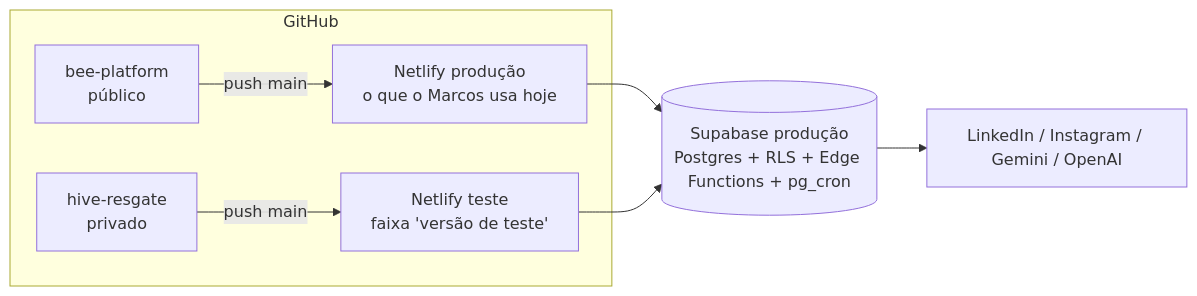
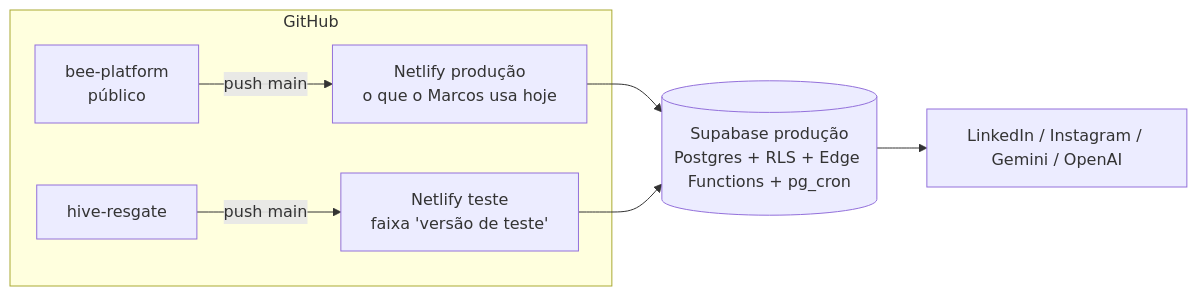
One commit to piccini-dev/hive-resgate changed the diagram in docs/plano/PLANO.md. Above: the diagram before and after it, drawn with Mermaid. The commit also changed other lines of this file and 6 other files, not shown here.

````diff
--- a/docs/plano/PLANO.md
+++ b/docs/plano/PLANO.md
@@ -63,10 +67,10 @@
 ```mermaid
 flowchart LR
   subgraph GitHub
     A[bee-platform<br/>público] -->|push main| N1[Netlify produção<br/>o que o Marcos usa hoje]
-    B[hive-resgate<br/>privado] -->|push main| N2[Netlify teste<br/>faixa 'versão de teste']
+    B[hive-resgate] -->|push main| N2[Netlify teste<br/>faixa 'versão de teste']
   end
   N1 --> S[(Supabase produção<br/>Postgres + RLS + Edge Functions + pg_cron)]
   N2 --> S
   S --> R[LinkedIn / Instagram / Gemini / OpenAI]
 ```
````
